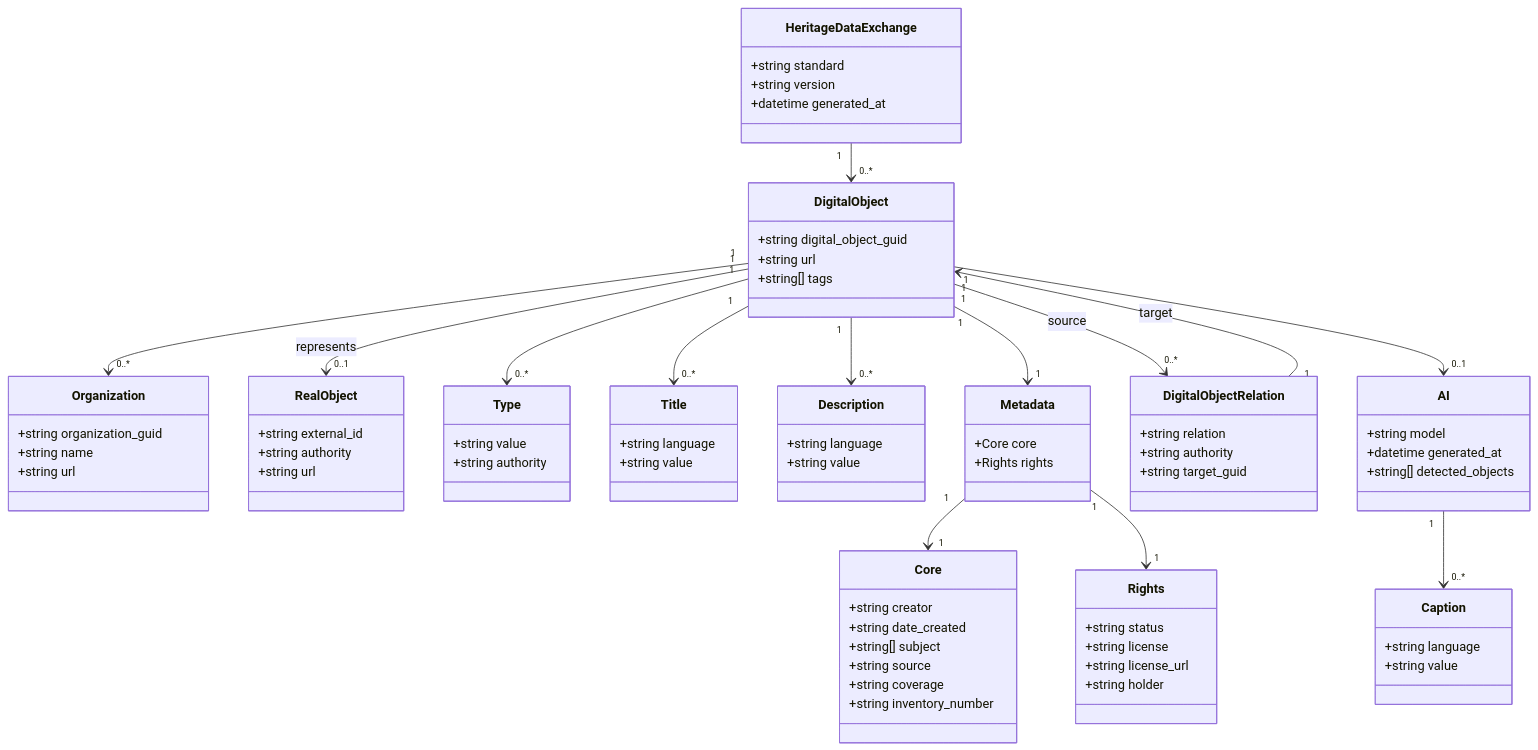
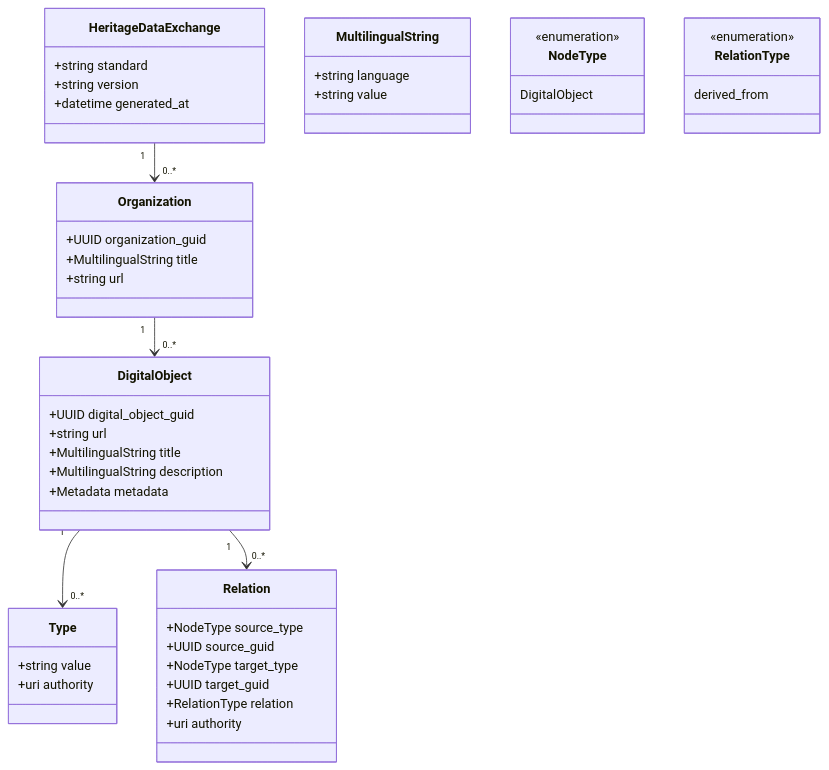
The diagram in docs/ru-federated-cultural-ai-exchange.uml.md (herzen-vis-lab/heritage-data-exchange), drawn with Mermaid before and after one commit.

````diff
--- a/docs/ru-federated-cultural-ai-exchange.uml.md
+++ b/docs/ru-federated-cultural-ai-exchange.uml.md
@@ -9,90 +9,52 @@
 }
 
 class Organization {
-    +string organization_guid
-    +string name
-    +string url
-}
-
-class RealObject {
-    +string external_id
-    +string authority
+    +UUID organization_guid
+    +MultilingualString title
     +string url
 }
 
 class DigitalObject {
-    +string digital_object_guid
+    +UUID digital_object_guid
     +string url
-    +string[] tags
+    +MultilingualString title
+    +MultilingualString description
+    +Metadata metadata
 }
 
 class Type {
     +string value
-    +string authority
+    +uri authority
 }
 
-class Title {
+class MultilingualString {
     +string language
     +string value
 }
 
-class Description {
-    +string language
-    +string value
+class Relation {
+    +NodeType source_type
+    +UUID source_guid
+    +NodeType target_type
+    +UUID target_guid
+    +RelationType relation
+    +uri authority
 }
 
-class Metadata {
-    +Core core
-    +Rights rights
+class NodeType {
+  <<enumeration>>
+  DigitalObject
 }
 
-class Core {
-    +string creator
-    +string date_created
-    +string[] subject
-    +string source
-    +string coverage
-    +string inventory_number
-}
-
-class Rights {
-    +string status
-    +string license
-    +string license_url
-    +string holder
-}
-
-class DigitalObjectRelation {
-    +string relation
-    +string authority
-    +string target_guid
-}
-
-class AI {
-    +string model
-    +datetime generated_at
-    +string[] detected_objects
-}
-
-class Caption {
-    +string language
-    +string value
+class RelationType {
+  <<enumeration>>
+  derived_from
 }
 
 %% Relationships
 
-HeritageDataExchange "1" --> "0..*" DigitalObject
-DigitalObject "1" --> "0..*" Organization
+HeritageDataExchange "1" --> "0..*" Organization 
+Organization "1" --> "0..*" DigitalObject
 DigitalObject "1" --> "0..*" Type
-DigitalObject "1" --> "1" Metadata
-Metadata "1" --> "1" Core
-Metadata "1" --> "1" Rights
-DigitalObject "1" --> "0..*" DigitalObjectRelation : source
-DigitalObject "1" --> "0..1" RealObject : represents
-DigitalObject "1" --> "0..1" AI
-AI "1" --> "0..*" Caption
-DigitalObject "1" --> "0..*"  Title
-DigitalObject "1" --> "0..*"  Description
-DigitalObjectRelation "1" --> "1" DigitalObject : target
-
+DigitalObject "1" --> "0..*"  Relation
 ```
````
